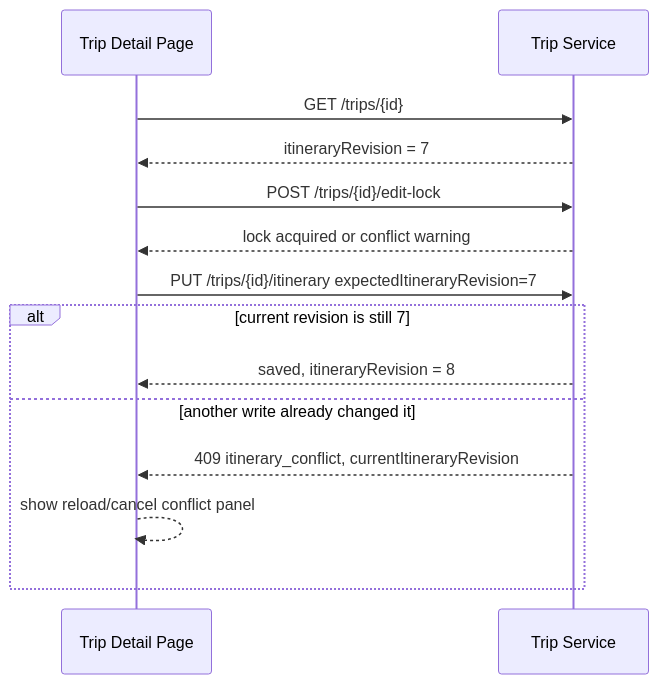
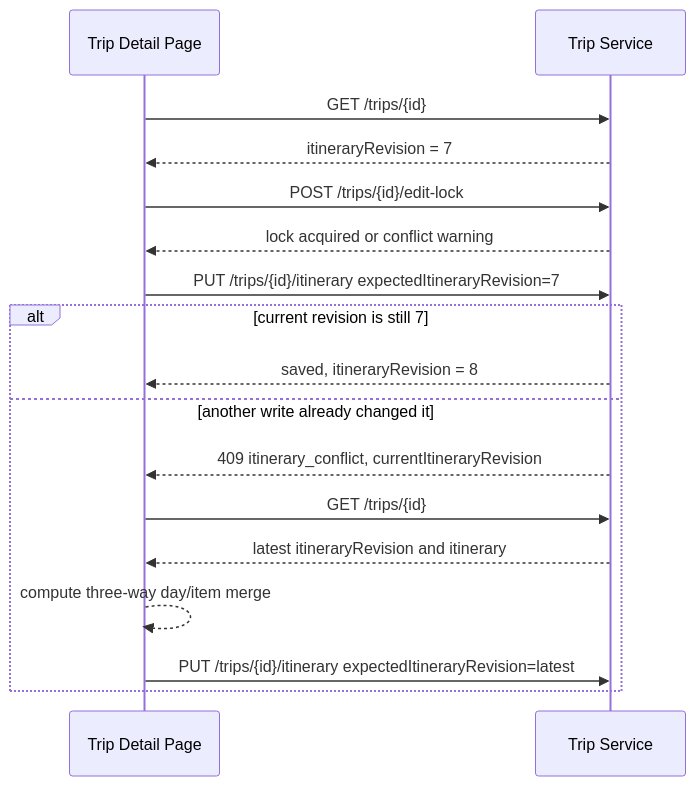
The third of 3 diagrams in apps/web/README.md (KovalenkoDima236961/Travel_Ai_App), drawn with Mermaid before and after one commit. The commit also changed other lines of this file and 15 other files, not shown here.

````diff
--- a/apps/web/README.md
+++ b/apps/web/README.md
@@ -147,17 +147,20 @@
 ```mermaid
 sequenceDiagram
     participant UI as Trip Detail Page
     participant T as Trip Service
 
     UI->>T: GET /trips/{id}
     T-->>UI: itineraryRevision = 7
     UI->>T: POST /trips/{id}/edit-lock
     T-->>UI: lock acquired or conflict warning
     UI->>T: PUT /trips/{id}/itinerary expectedItineraryRevision=7
     alt current revision is still 7
         T-->>UI: saved, itineraryRevision = 8
     else another write already changed it
         T-->>UI: 409 itinerary_conflict, currentItineraryRevision
-        UI-->>UI: show reload/cancel conflict panel
+        UI->>T: GET /trips/{id}
+        T-->>UI: latest itineraryRevision and itinerary
+        UI-->>UI: compute three-way day/item merge
+        UI->>T: PUT /trips/{id}/itinerary expectedItineraryRevision=latest
     end
 ```
````
